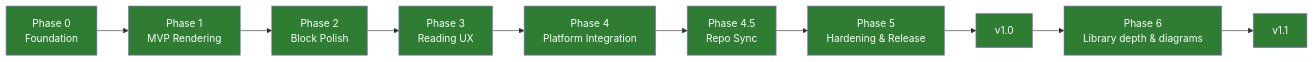
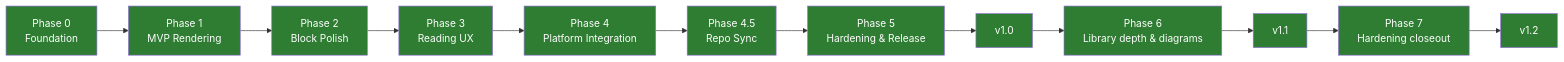
One commit to cemililik/markdown-viewer-mobile changed the diagram in docs/roadmap.md. Above: the diagram before and after it, drawn with Mermaid. The commit also changed other lines of this file and 2 other files, not shown here.

````diff
--- a/docs/roadmap.md
+++ b/docs/roadmap.md
@@ -5,23 +5,27 @@
 ```mermaid
 graph LR
     P0[Phase 0<br/>Foundation] --> P1[Phase 1<br/>MVP Rendering]
     P1 --> P2[Phase 2<br/>Block Polish]
     P2 --> P3[Phase 3<br/>Reading UX]
     P3 --> P4[Phase 4<br/>Platform Integration]
     P4 --> P45[Phase 4.5<br/>Repo Sync]
     P45 --> P5[Phase 5<br/>Hardening & Release]
     P5 --> V1[v1.0]
     V1 --> P6[Phase 6<br/>Library depth & diagrams]
     P6 --> V11[v1.1]
+    V11 --> P7[Phase 7<br/>Hardening closeout]
+    P7 --> V12[v1.2]
 
     style P0 fill:#2e7d32,color:#fff
     style P1 fill:#2e7d32,color:#fff
     style P2 fill:#2e7d32,color:#fff
     style P3 fill:#2e7d32,color:#fff
     style P4 fill:#2e7d32,color:#fff
     style P45 fill:#2e7d32,color:#fff
     style P5 fill:#2e7d32,color:#fff
     style V1 fill:#2e7d32,color:#fff
     style P6 fill:#2e7d32,color:#fff
     style V11 fill:#2e7d32,color:#fff
+    style P7 fill:#2e7d32,color:#fff
+    style V12 fill:#2e7d32,color:#fff
 ```
````
